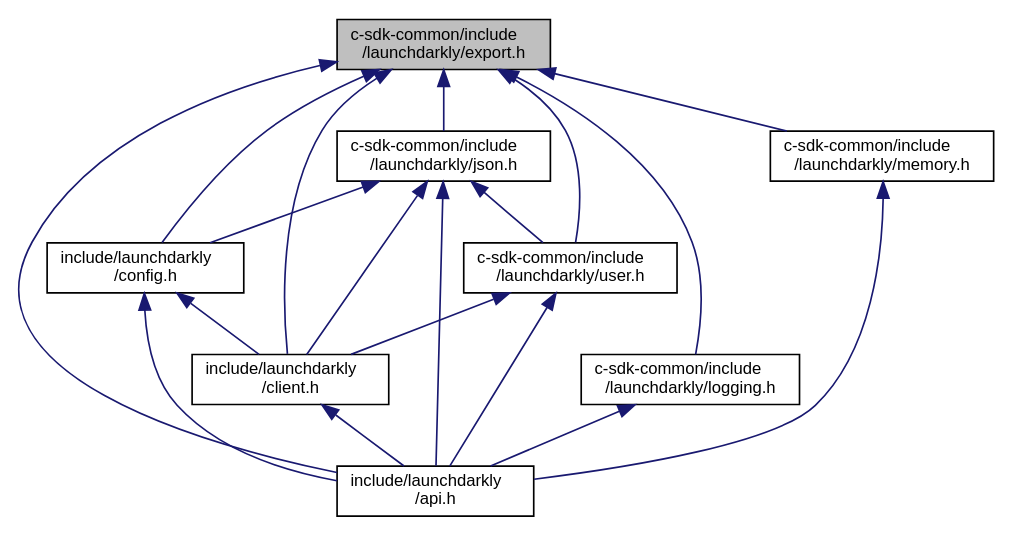
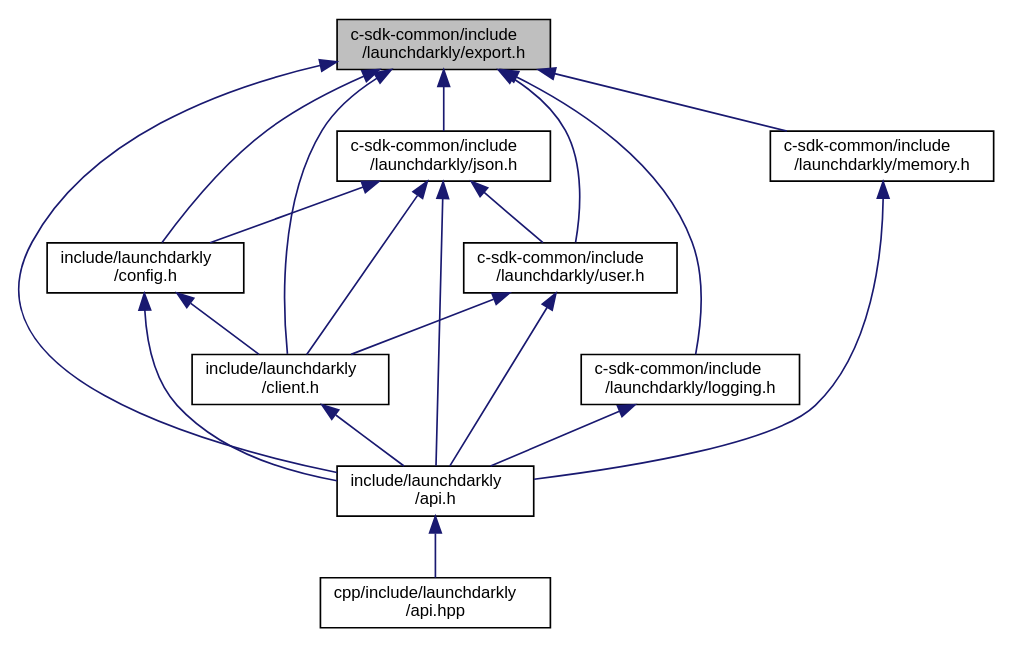
Before and after one commit to launchdarkly/c-client-sdk: the diagram in export_8h__dep__incl.dot, drawn with Graphviz. The commit also changed 97 other files, not shown here.

```diff
--- a/export_8h__dep__incl.dot
+++ b/export_8h__dep__incl.dot
@@ -1,31 +1,33 @@
 digraph "c-sdk-common/include/launchdarkly/export.h"
 {
   edge [fontname="Helvetica",fontsize="10",labelfontname="Helvetica",labelfontsize="10"];
   node [fontname="Helvetica",fontsize="10",shape=record];
   Node1 [label="c-sdk-common/include\l/launchdarkly/export.h",height=0.2,width=0.4,color="black", fillcolor="grey75", style="filled", fontcolor="black"];
   Node1 -> Node2 [dir="back",color="midnightblue",fontsize="10",style="solid",fontname="Helvetica"];
   Node2 [label="include/launchdarkly\l/config.h",height=0.2,width=0.4,color="black", fillcolor="white", style="filled",URL="$config_8h.html",tooltip="Public API Interface for Configuration. "];
   Node2 -> Node3 [dir="back",color="midnightblue",fontsize="10",style="solid",fontname="Helvetica"];
   Node3 [label="include/launchdarkly\l/client.h",height=0.2,width=0.4,color="black", fillcolor="white", style="filled",URL="$client_8h.html",tooltip="Public Client control and variations. "];
   Node3 -> Node4 [dir="back",color="midnightblue",fontsize="10",style="solid",fontname="Helvetica"];
   Node4 [label="include/launchdarkly\l/api.h",height=0.2,width=0.4,color="black", fillcolor="white", style="filled",URL="$api_8h.html",tooltip="Public API. Include this for every public operation. "];
+  Node4 -> Node5 [dir="back",color="midnightblue",fontsize="10",style="solid",fontname="Helvetica"];
+  Node5 [label="cpp/include/launchdarkly\l/api.hpp",height=0.2,width=0.4,color="black", fillcolor="white", style="filled",URL="$api_8hpp.html",tooltip="Public C++ bindings for the LaunchDarkly Client Side C/C++ SDK. "];
   Node2 -> Node4 [dir="back",color="midnightblue",fontsize="10",style="solid",fontname="Helvetica"];
-  Node1 -> Node5 [dir="back",color="midnightblue",fontsize="10",style="solid",fontname="Helvetica"];
-  Node5 [label="c-sdk-common/include\l/launchdarkly/json.h",height=0.2,width=0.4,color="black", fillcolor="white", style="filled",URL="$json_8h.html",tooltip="Public API Interface for JSON usage. "];
-  Node5 -> Node2 [dir="back",color="midnightblue",fontsize="10",style="solid",fontname="Helvetica"];
-  Node5 -> Node3 [dir="back",color="midnightblue",fontsize="10",style="solid",fontname="Helvetica"];
-  Node5 -> Node6 [dir="back",color="midnightblue",fontsize="10",style="solid",fontname="Helvetica"];
-  Node6 [label="c-sdk-common/include\l/launchdarkly/user.h",height=0.2,width=0.4,color="black", fillcolor="white", style="filled",URL="$user_8h.html",tooltip="Public API Interface for User construction. "];
+  Node1 -> Node6 [dir="back",color="midnightblue",fontsize="10",style="solid",fontname="Helvetica"];
+  Node6 [label="c-sdk-common/include\l/launchdarkly/json.h",height=0.2,width=0.4,color="black", fillcolor="white", style="filled",URL="$json_8h.html",tooltip="Public API Interface for JSON usage. "];
+  Node6 -> Node2 [dir="back",color="midnightblue",fontsize="10",style="solid",fontname="Helvetica"];
   Node6 -> Node3 [dir="back",color="midnightblue",fontsize="10",style="solid",fontname="Helvetica"];
+  Node6 -> Node7 [dir="back",color="midnightblue",fontsize="10",style="solid",fontname="Helvetica"];
+  Node7 [label="c-sdk-common/include\l/launchdarkly/user.h",height=0.2,width=0.4,color="black", fillcolor="white", style="filled",URL="$user_8h.html",tooltip="Public API Interface for User construction. "];
+  Node7 -> Node3 [dir="back",color="midnightblue",fontsize="10",style="solid",fontname="Helvetica"];
+  Node7 -> Node4 [dir="back",color="midnightblue",fontsize="10",style="solid",fontname="Helvetica"];
   Node6 -> Node4 [dir="back",color="midnightblue",fontsize="10",style="solid",fontname="Helvetica"];
-  Node5 -> Node4 [dir="back",color="midnightblue",fontsize="10",style="solid",fontname="Helvetica"];
   Node1 -> Node3 [dir="back",color="midnightblue",fontsize="10",style="solid",fontname="Helvetica"];
-  Node1 -> Node6 [dir="back",color="midnightblue",fontsize="10",style="solid",fontname="Helvetica"];
+  Node1 -> Node7 [dir="back",color="midnightblue",fontsize="10",style="solid",fontname="Helvetica"];
   Node1 -> Node4 [dir="back",color="midnightblue",fontsize="10",style="solid",fontname="Helvetica"];
-  Node1 -> Node7 [dir="back",color="midnightblue",fontsize="10",style="solid",fontname="Helvetica"];
-  Node7 [label="c-sdk-common/include\l/launchdarkly/logging.h",height=0.2,width=0.4,color="black", fillcolor="white", style="filled",URL="$logging_8h.html",tooltip="Public API Interface for Logging. "];
-  Node7 -> Node4 [dir="back",color="midnightblue",fontsize="10",style="solid",fontname="Helvetica"];
   Node1 -> Node8 [dir="back",color="midnightblue",fontsize="10",style="solid",fontname="Helvetica"];
-  Node8 [label="c-sdk-common/include\l/launchdarkly/memory.h",height=0.2,width=0.4,color="black", fillcolor="white", style="filled",URL="$memory_8h.html",tooltip="Public API. Operations for managing memory. "];
+  Node8 [label="c-sdk-common/include\l/launchdarkly/logging.h",height=0.2,width=0.4,color="black", fillcolor="white", style="filled",URL="$logging_8h.html",tooltip="Public API Interface for Logging. "];
   Node8 -> Node4 [dir="back",color="midnightblue",fontsize="10",style="solid",fontname="Helvetica"];
+  Node1 -> Node9 [dir="back",color="midnightblue",fontsize="10",style="solid",fontname="Helvetica"];
+  Node9 [label="c-sdk-common/include\l/launchdarkly/memory.h",height=0.2,width=0.4,color="black", fillcolor="white", style="filled",URL="$memory_8h.html",tooltip="Public API. Operations for managing memory. "];
+  Node9 -> Node4 [dir="back",color="midnightblue",fontsize="10",style="solid",fontname="Helvetica"];
 }
```
